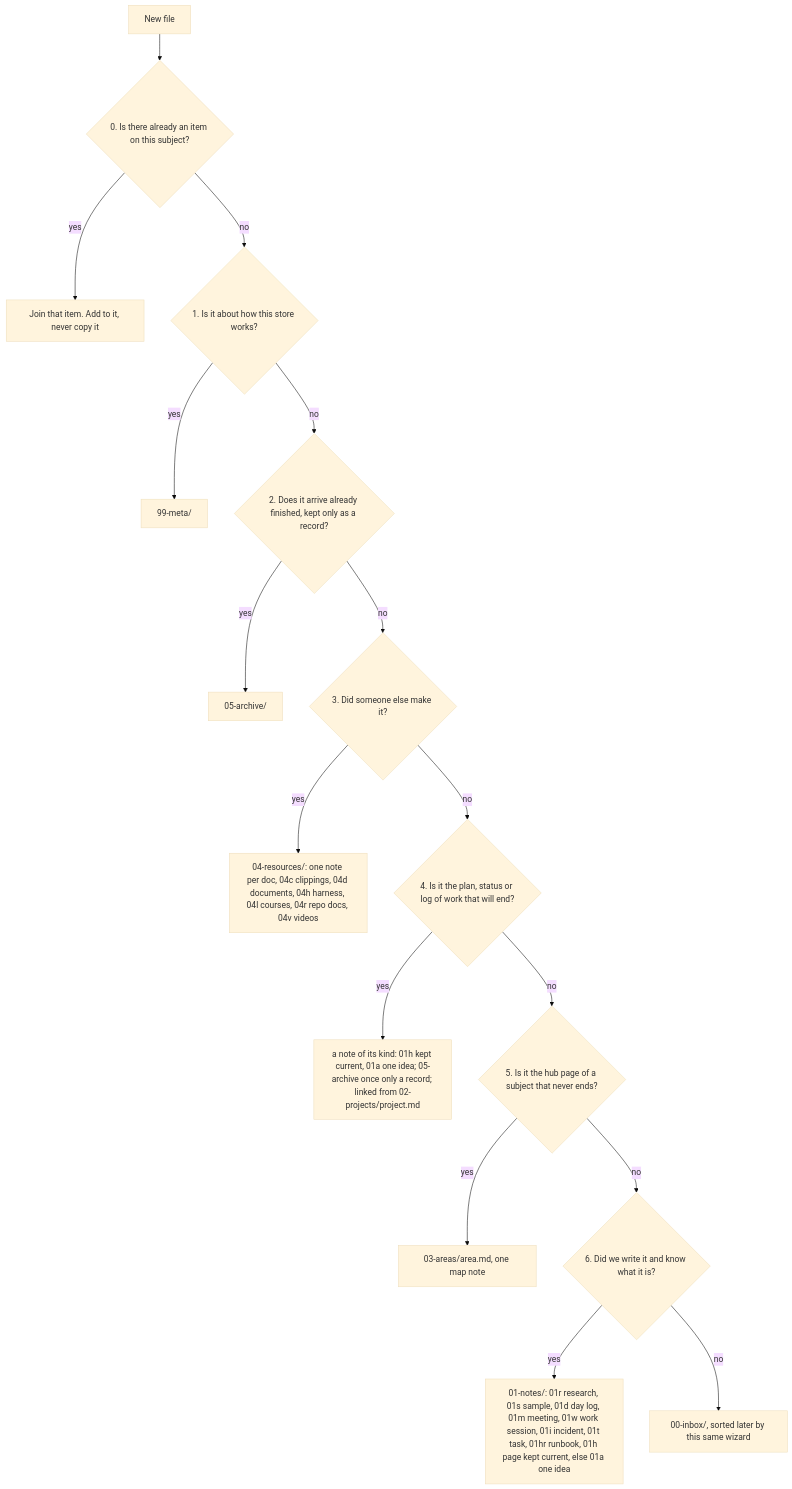
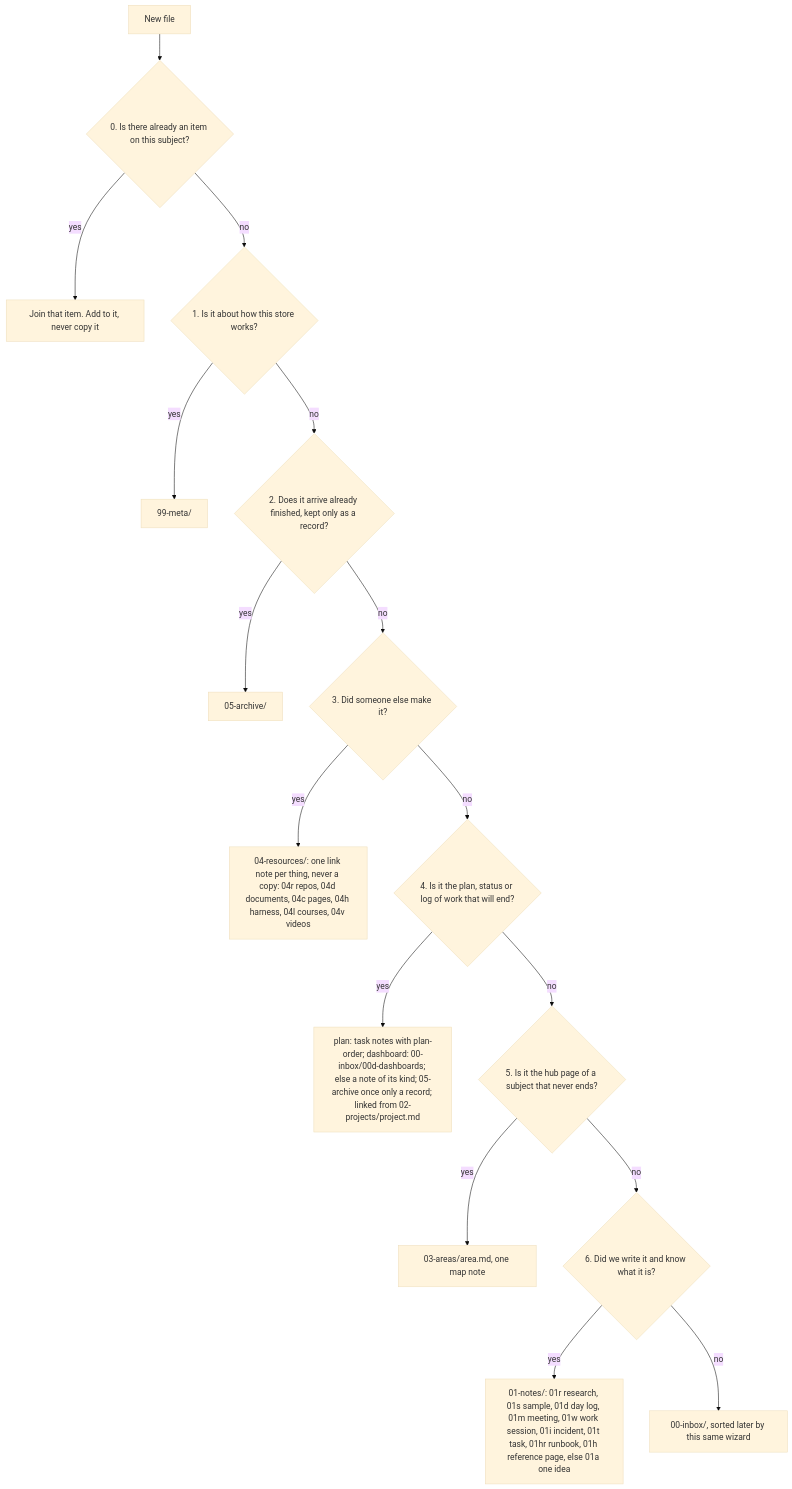
Before and after one commit to jonhill90/inpara: the diagram in 99-meta/ORGANIZE.md, drawn with Mermaid (base theme). The commit also changed other lines of this file and 15 other files, not shown here.

````diff
--- a/99-meta/ORGANIZE.md
+++ b/99-meta/ORGANIZE.md
@@ -117,18 +118,18 @@
 ```mermaid
 flowchart TD
   S["New file"] --> Q0{"0. Is there already an item on this subject?"}
   Q0 -->|"yes"| J["Join that item. Add to it, never copy it"]
   Q0 -->|"no"| Q1{"1. Is it about how this store works?"}
   Q1 -->|"yes"| M["99-meta/"]
   Q1 -->|"no"| Q2{"2. Does it arrive already finished, kept only as a record?"}
   Q2 -->|"yes"| AR["05-archive/"]
   Q2 -->|"no"| Q3{"3. Did someone else make it?"}
-  Q3 -->|"yes"| RS["04-resources/: one note per doc, 04c clippings, 04d documents, 04h harness, 04l courses, 04r repo docs, 04v videos"]
+  Q3 -->|"yes"| RS["04-resources/: one link note per thing, never a copy: 04r repos, 04d documents, 04c pages, 04h harness, 04l courses, 04v videos"]
   Q3 -->|"no"| Q4{"4. Is it the plan, status or log of work that will end?"}
-  Q4 -->|"yes"| PR["a note of its kind: 01h kept current, 01a one idea; 05-archive once only a record; linked from 02-projects/project.md"]
+  Q4 -->|"yes"| PR["plan: task notes with plan-order; dashboard: 00-inbox/00d-dashboards; else a note of its kind; 05-archive once only a record; linked from 02-projects/project.md"]
   Q4 -->|"no"| Q5{"5. Is it the hub page of a subject that never ends?"}
   Q5 -->|"yes"| AA["03-areas/area.md, one map note"]
   Q5 -->|"no"| Q6{"6. Did we write it and know what it is?"}
-  Q6 -->|"yes"| NO["01-notes/: 01r research, 01s sample, 01d day log, 01m meeting, 01w work session, 01i incident, 01t task, 01hr runbook, 01h page kept current, else 01a one idea"]
+  Q6 -->|"yes"| NO["01-notes/: 01r research, 01s sample, 01d day log, 01m meeting, 01w work session, 01i incident, 01t task, 01hr runbook, 01h reference page, else 01a one idea"]
   Q6 -->|"no"| IN["00-inbox/, sorted later by this same wizard"]
 ```
````
